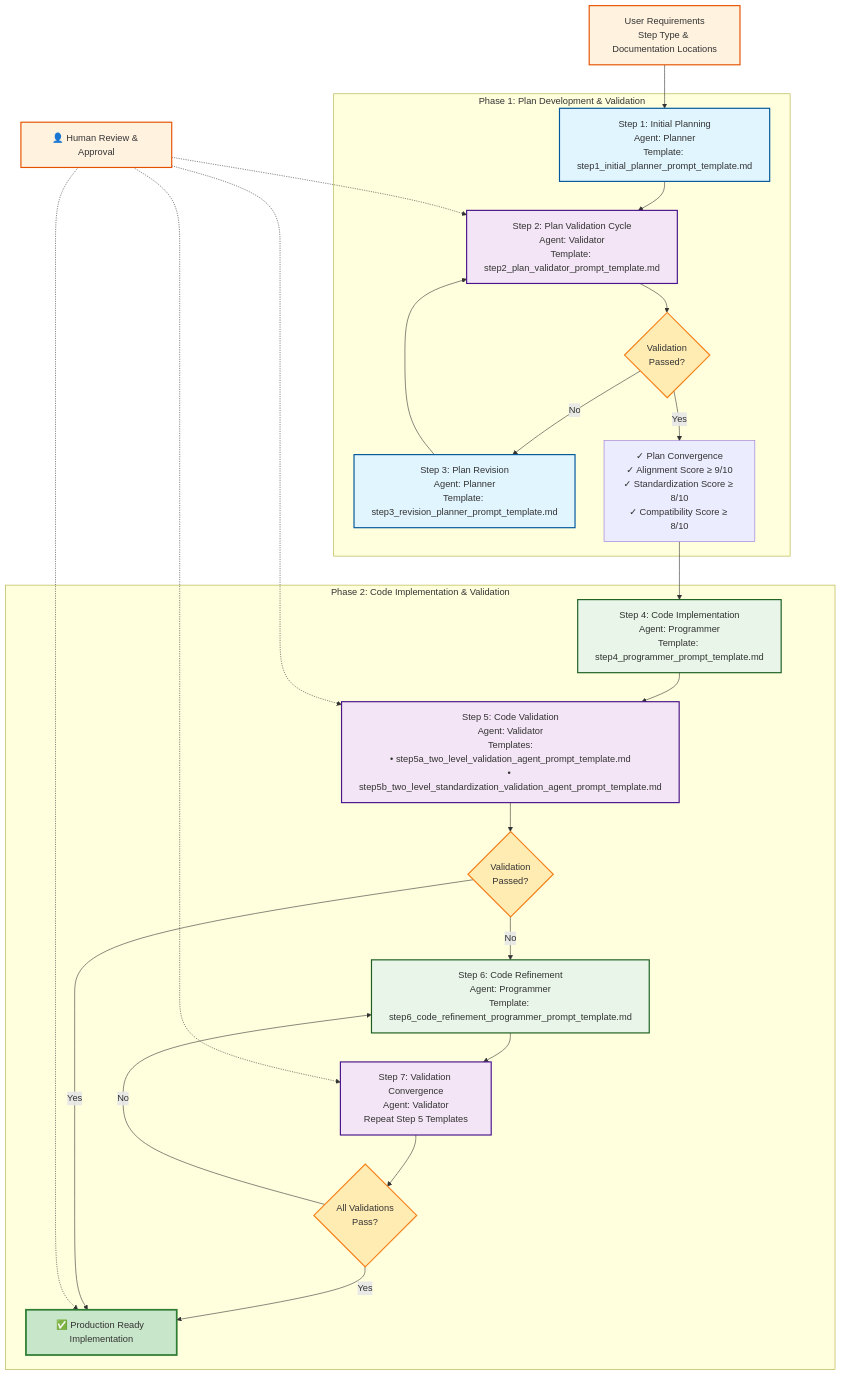
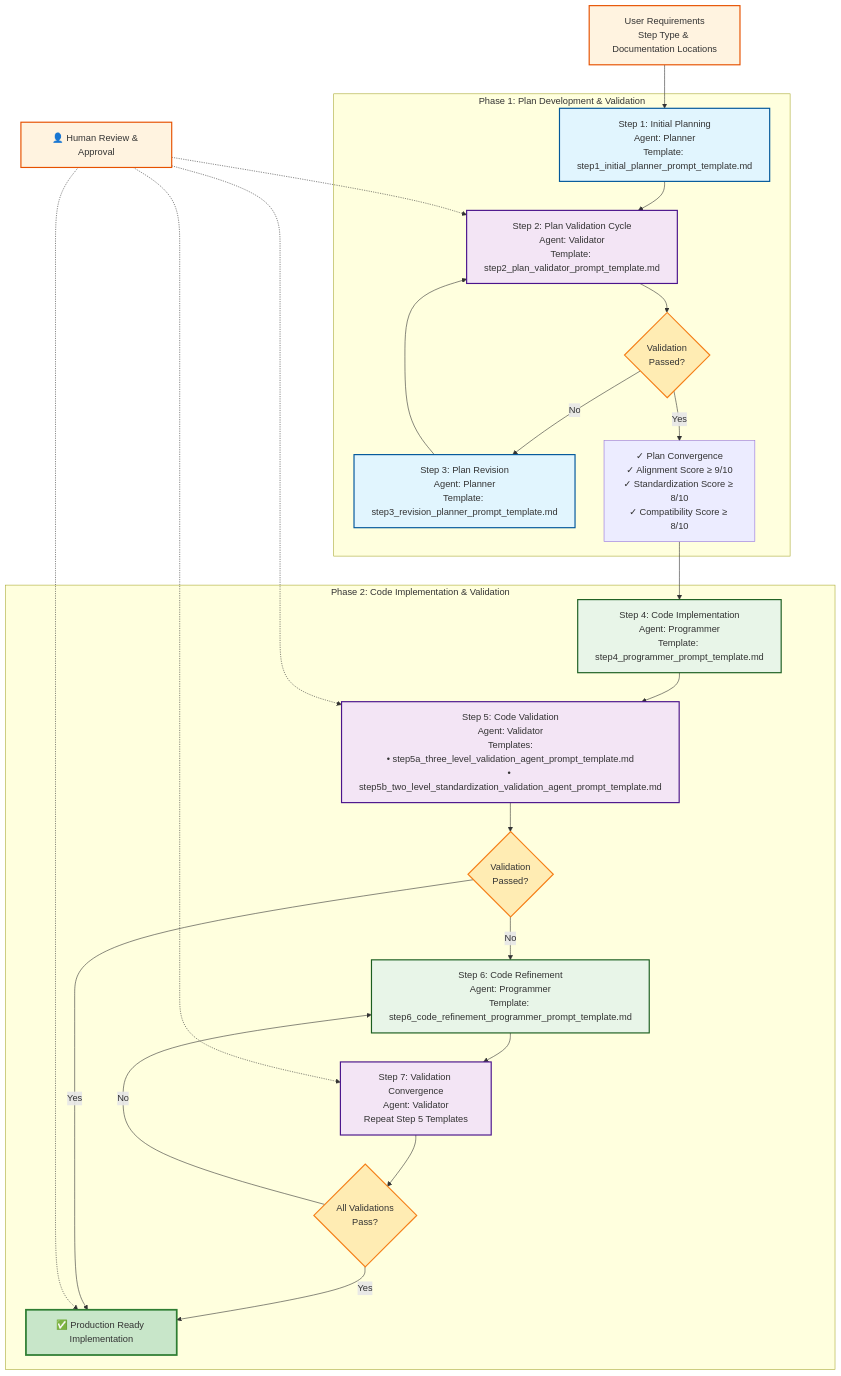
One commit to TianpeiLuke/cursus changed the diagram in slipbox/3_llm_developer/developer_prompt_templates/README.md. Above: the diagram before and after it, drawn with Mermaid. The commit also changed other lines of this file and 4 other files, not shown here.

````diff
--- a/slipbox/3_llm_developer/developer_prompt_templates/README.md
+++ b/slipbox/3_llm_developer/developer_prompt_templates/README.md
@@ -103,52 +103,52 @@
 ```mermaid
 flowchart TD
     %% User Input
     A[User Requirements<br/>Step Type & Documentation Locations] --> B[Step 1: Initial Planning]
     
     %% Phase 1: Plan Development and Validation
     subgraph Phase1 ["Phase 1: Plan Development & Validation"]
         B[Step 1: Initial Planning<br/>Agent: Planner<br/>Template: step1_initial_planner_prompt_template.md] --> C[Step 2: Plan Validation Cycle<br/>Agent: Validator<br/>Template: step2_plan_validator_prompt_template.md]
         
         C --> D{Validation<br/>Passed?}
         D -->|No| E[Step 3: Plan Revision<br/>Agent: Planner<br/>Template: step3_revision_planner_prompt_template.md]
         E --> C
         D -->|Yes| F[✓ Plan Convergence<br/>✓ Alignment Score ≥ 9/10<br/>✓ Standardization Score ≥ 8/10<br/>✓ Compatibility Score ≥ 8/10]
     end
     
     %% Phase 2: Code Implementation and Validation
     subgraph Phase2 ["Phase 2: Code Implementation & Validation"]
         F --> G[Step 4: Code Implementation<br/>Agent: Programmer<br/>Template: step4_programmer_prompt_template.md]
         
-        G --> H[Step 5: Code Validation<br/>Agent: Validator<br/>Templates:<br/>• step5a_two_level_validation_agent_prompt_template.md<br/>• step5b_two_level_standardization_validation_agent_prompt_template.md]
+        G --> H[Step 5: Code Validation<br/>Agent: Validator<br/>Templates:<br/>• step5a_three_level_validation_agent_prompt_template.md<br/>• step5b_two_level_standardization_validation_agent_prompt_template.md]
         
         H --> I{Validation<br/>Passed?}
         I -->|No| J[Step 6: Code Refinement<br/>Agent: Programmer<br/>Template: step6_code_refinement_programmer_prompt_template.md]
         J --> K[Step 7: Validation Convergence<br/>Agent: Validator<br/>Repeat Step 5 Templates]
         K --> L{All Validations<br/>Pass?}
         L -->|No| J
         L -->|Yes| M[✅ Production Ready Implementation]
         I -->|Yes| M
     end
     
     %% Human-in-the-Loop Integration
     N[👤 Human Review & Approval] -.-> C
     N -.-> H
     N -.-> K
     N -.-> M
     
     %% Styling
     classDef plannerAgent fill:#e1f5fe,stroke:#01579b,stroke-width:2px
     classDef validatorAgent fill:#f3e5f5,stroke:#4a148c,stroke-width:2px
     classDef programmerAgent fill:#e8f5e8,stroke:#1b5e20,stroke-width:2px
     classDef userInput fill:#fff3e0,stroke:#e65100,stroke-width:2px
     classDef decision fill:#ffecb3,stroke:#f57f17,stroke-width:2px
     classDef success fill:#c8e6c9,stroke:#2e7d32,stroke-width:3px
     classDef phase fill:#f5f5f5,stroke:#424242,stroke-width:2px,stroke-dasharray: 5 5
     
     class B,E plannerAgent
     class C,H,K validatorAgent
     class G,J programmerAgent
     class A,N userInput
     class D,I,L decision
     class M success
 ```
````
